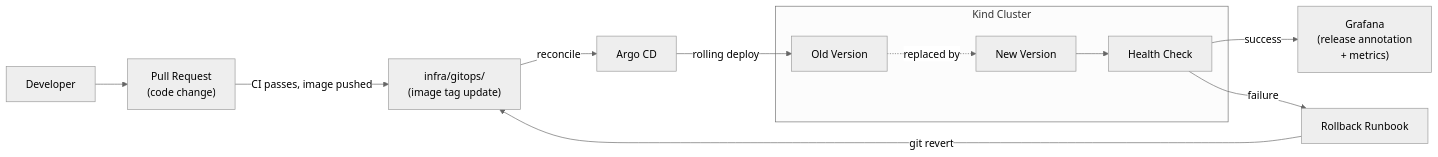
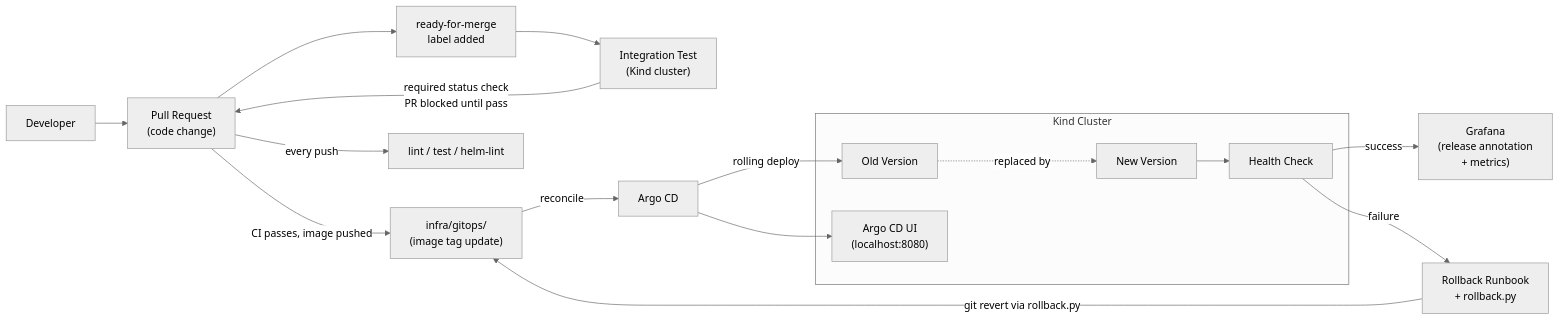
The diagram in docs/architecture/phase-3-gitops-deployment.md (kakhavai/foundry), drawn with Mermaid (neutral theme) before and after one commit. The commit also changed other lines of this file, not shown here.

````diff
--- a/docs/architecture/phase-3-gitops-deployment.md
+++ b/docs/architecture/phase-3-gitops-deployment.md
@@ -9,23 +9,29 @@
 ```mermaid
 graph LR
     Dev["Developer"]
     PR["Pull Request\n(code change)"]
+    Label["ready-for-merge\nlabel added"]
+    IntTest["Integration Test\n(Kind cluster)"]
     GitOps["infra/gitops/\n(image tag update)"]
     Argo["Argo CD"]
 
     subgraph "Kind Cluster"
         Old["Old Version"]
         New["New Version"]
         Health["Health Check"]
+        ArgoUI["Argo CD UI\n(localhost:8080)"]
     end
 
     Telemetry["Grafana\n(release annotation\n+ metrics)"]
-    Runbook["Rollback Runbook"]
+    Runbook["Rollback Runbook\n+ rollback.py"]
 
-    Dev --> PR -->|"CI passes, image pushed"| GitOps
+    Dev --> PR -->|"every push"| CI["lint / test / helm-lint"]
+    PR --> Label --> IntTest -->|"required status check\nPR blocked until pass"| PR
+    PR -->|"CI passes, image pushed"| GitOps
     GitOps -->|"reconcile"| Argo
+    Argo --> ArgoUI
     Argo -->|"rolling deploy"| Old -.->|"replaced by"| New
     New --> Health
     Health -->|"success"| Telemetry
-    Health -->|"failure"| Runbook -->|"git revert"| GitOps
+    Health -->|"failure"| Runbook -->|"git revert via rollback.py"| GitOps
 ```
````
